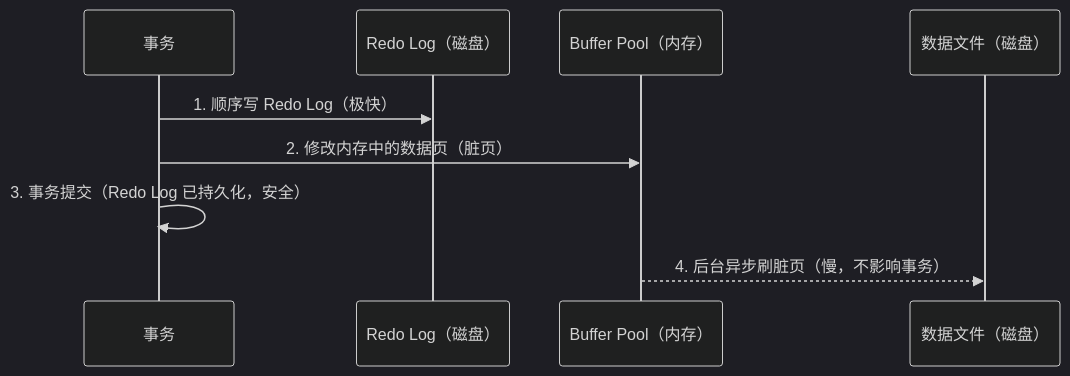
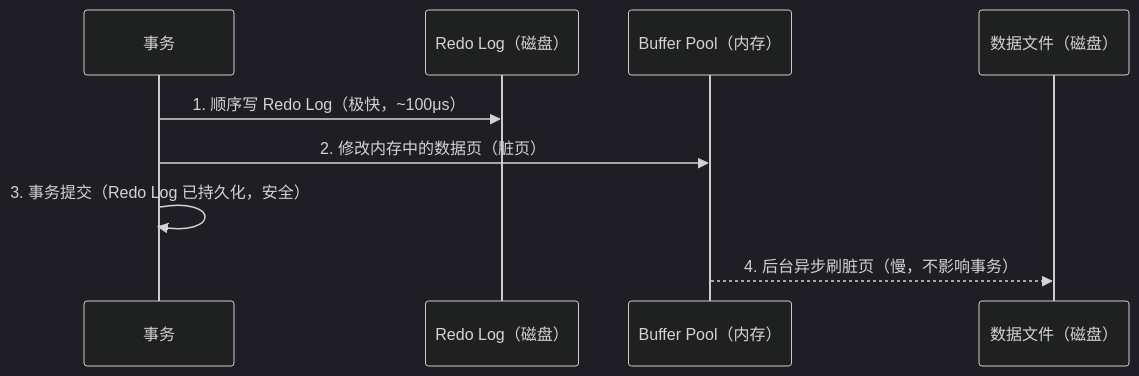
Before and after one commit to b1tzer/b1tzer.github.io: the fourth of 5 diagrams in docs/03-mysql/06-InnoDB存储引擎深度剖析.md, drawn with Mermaid (dark theme). The commit also changed other lines of this file and 13 other files, not shown here.

Commit message:
feat: 增补多文档图示与踩坑案例，优化结构与表述

````diff
--- a/docs/03-mysql/06-InnoDB存储引擎深度剖析.md
+++ b/docs/03-mysql/06-InnoDB存储引擎深度剖析.md
@@ -186,12 +440,12 @@
 ```mermaid
 sequenceDiagram
     participant T as 事务
     participant RL as Redo Log（磁盘）
     participant BP as Buffer Pool（内存）
     participant DF as 数据文件（磁盘）
 
-    T->>RL: 1. 顺序写 Redo Log（极快）
+    T->>RL: 1. 顺序写 Redo Log（极快，~100μs）
     T->>BP: 2. 修改内存中的数据页（脏页）
     T->>T: 3. 事务提交（Redo Log 已持久化，安全）
     BP-->>DF: 4. 后台异步刷脏页（慢，不影响事务）
 ```
````
